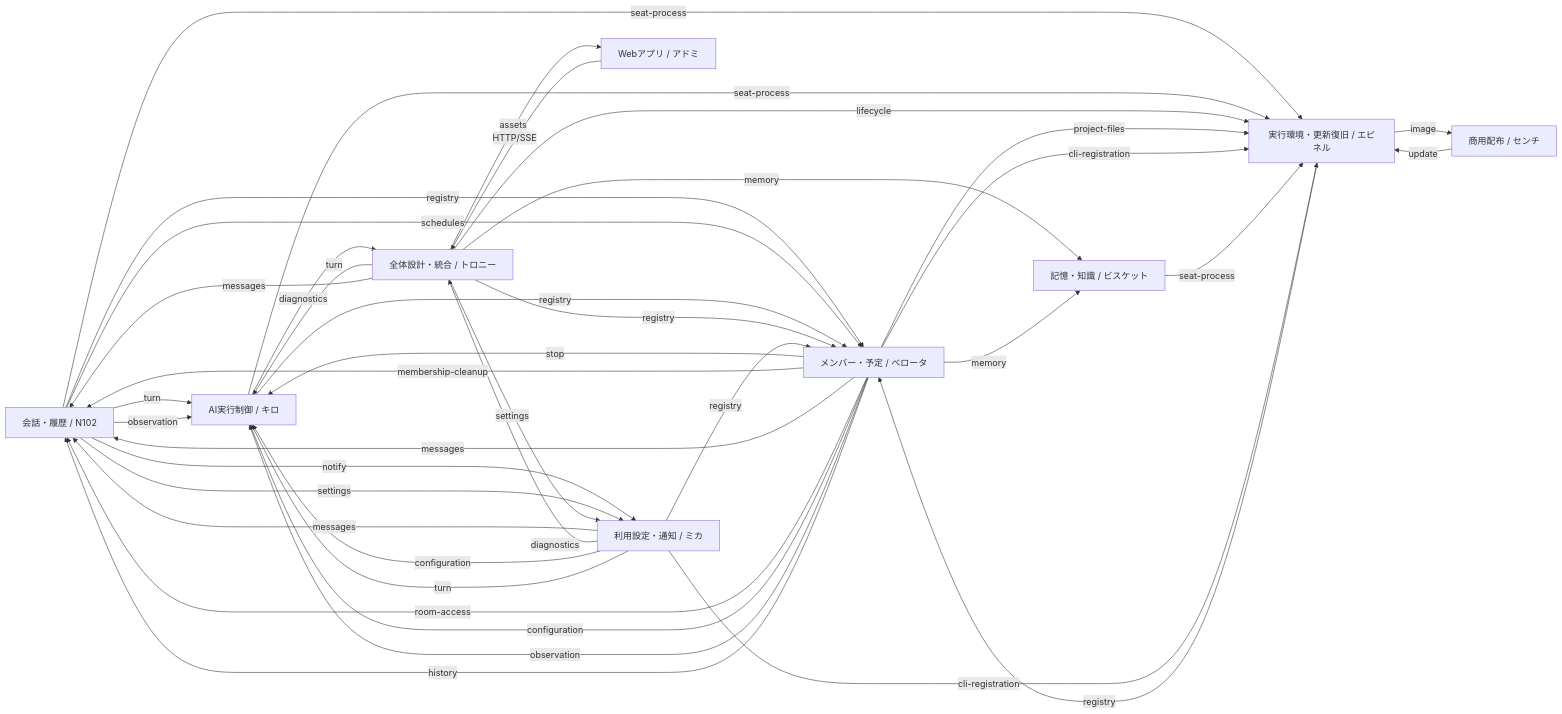
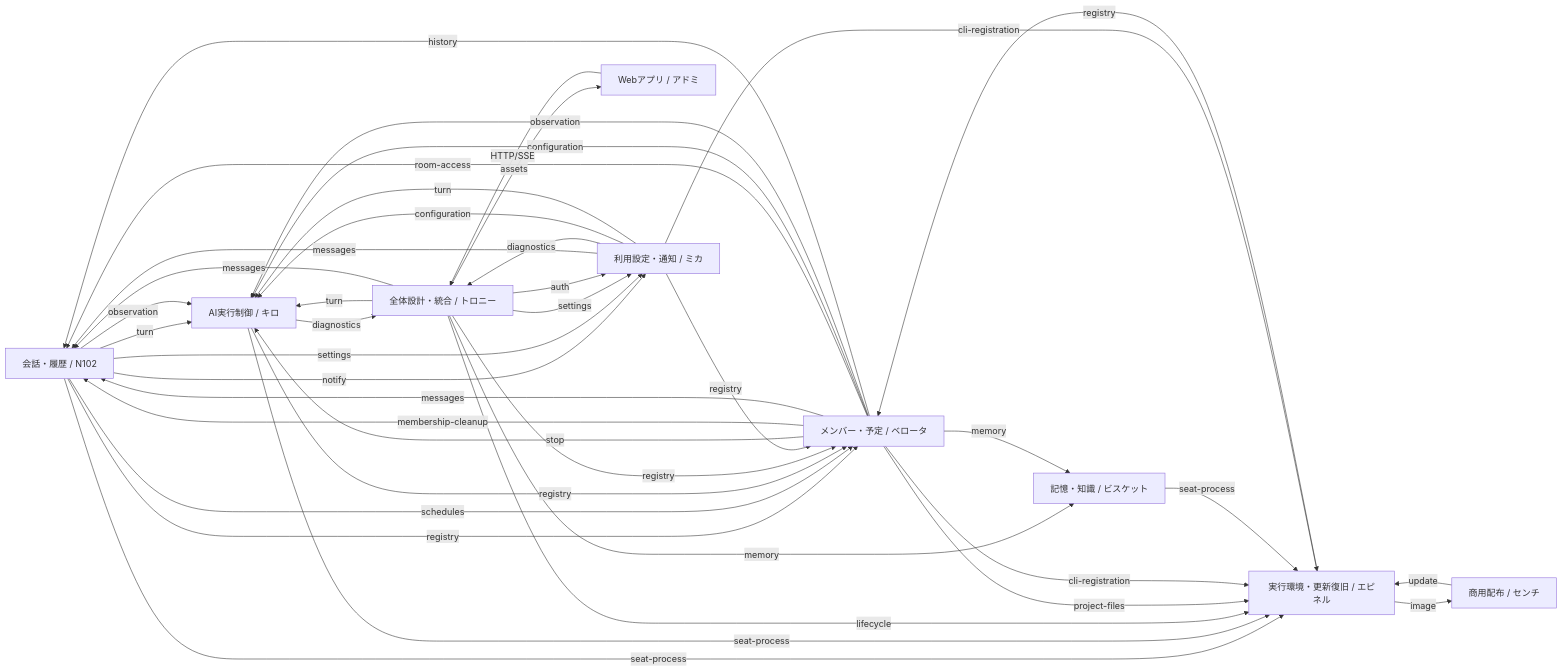
The first of 2 diagrams in docs/architecture/feature-map.md (kitepon/BellTeam), drawn with Mermaid before and after one commit. The commit also changed other lines of this file and 7 other files, not shown here.

````diff
--- a/docs/architecture/feature-map.md
+++ b/docs/architecture/feature-map.md
@@ -11,50 +11,51 @@
 ```mermaid
 flowchart LR
   m_conversation["会話・履歴 / N102"]
   m_distribution["商用配布 / センチ"]
   m_execution["AI実行制御 / キロ"]
   m_integration["全体設計・統合 / トロニー"]
   m_members["メンバー・予定 / ベロータ"]
   m_memory["記憶・知識 / ビスケット"]
   m_runtime["実行環境・更新復旧 / エピネル"]
   m_usage["利用設定・通知 / ミカ"]
   m_web["Webアプリ / アドミ"]
   m_conversation -->|"turn"| m_execution
   m_conversation -->|"registry"| m_members
   m_conversation -->|"notify"| m_usage
   m_conversation -->|"schedules"| m_members
   m_conversation -->|"seat-process"| m_runtime
   m_conversation -->|"settings"| m_usage
   m_conversation -->|"observation"| m_execution
   m_distribution -->|"update"| m_runtime
   m_execution -->|"diagnostics"| m_integration
   m_execution -->|"registry"| m_members
   m_execution -->|"seat-process"| m_runtime
   m_integration -->|"turn"| m_execution
   m_integration -->|"messages"| m_conversation
   m_integration -->|"registry"| m_members
   m_integration -->|"settings"| m_usage
   m_integration -->|"memory"| m_memory
   m_integration -->|"lifecycle"| m_runtime
   m_integration -->|"assets"| m_web
+  m_integration -->|"auth"| m_usage
   m_members -->|"stop"| m_execution
   m_members -->|"project-files"| m_runtime
   m_members -->|"cli-registration"| m_runtime
   m_members -->|"membership-cleanup"| m_conversation
   m_members -->|"messages"| m_conversation
   m_members -->|"memory"| m_memory
   m_members -->|"room-access"| m_conversation
   m_members -->|"configuration"| m_execution
   m_members -->|"observation"| m_execution
   m_members -->|"history"| m_conversation
   m_memory -->|"seat-process"| m_runtime
   m_runtime -->|"registry"| m_members
   m_runtime -->|"image"| m_distribution
   m_usage -->|"registry"| m_members
   m_usage -->|"messages"| m_conversation
   m_usage -->|"cli-registration"| m_runtime
   m_usage -->|"diagnostics"| m_integration
   m_usage -->|"configuration"| m_execution
   m_usage -->|"turn"| m_execution
   m_web -->|"HTTP/SSE"| m_integration
 ```
````
